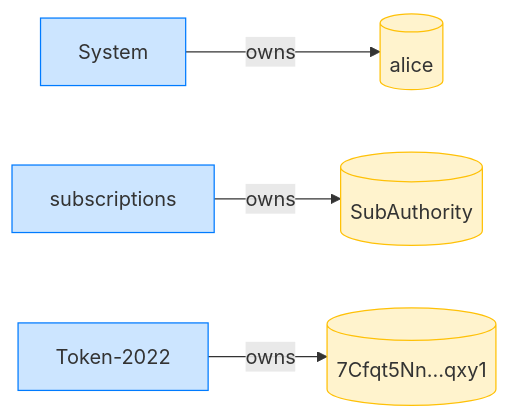
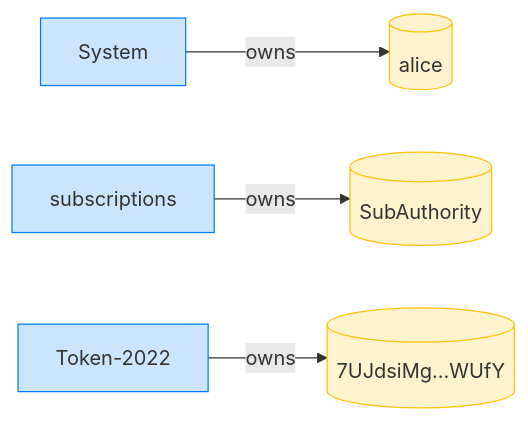
The fourth of 4 diagrams in dsl_tests/initialize-over-a-token-2022-mint---mintcloseauthority--confidentialtransfermint--.md (cds-rs/subscriptions), drawn with Mermaid before and after one commit. The commit also changed other lines of this file and 224 other files, not shown here.

````diff
--- a/dsl_tests/initialize-over-a-token-2022-mint---mintcloseauthority--confidentialtransfermint--.md
+++ b/dsl_tests/initialize-over-a-token-2022-mint---mintcloseauthority--confidentialtransfermint--.md
@@ -73,14 +78,14 @@
 ```mermaid
 flowchart LR
     classDef owner fill:#cce5ff,stroke:#007bff;
     classDef account fill:#fff3cd,stroke:#ffc107;
     System[System]:::owner
     alice[(alice)]:::account
     subscriptions[subscriptions]:::owner
     SubAuthority[(SubAuthority)]:::account
     Token_2022["Token-2022"]:::owner
-    7Cfqt5Nn_qxy1[("7Cfqt5Nn…qxy1")]:::account
+    7UJdsiMg_WUfY[("7UJdsiMg…WUfY")]:::account
     System -->|owns| alice
     subscriptions -->|owns| SubAuthority
-    Token_2022 -->|owns| 7Cfqt5Nn_qxy1
+    Token_2022 -->|owns| 7UJdsiMg_WUfY
 ```
````
